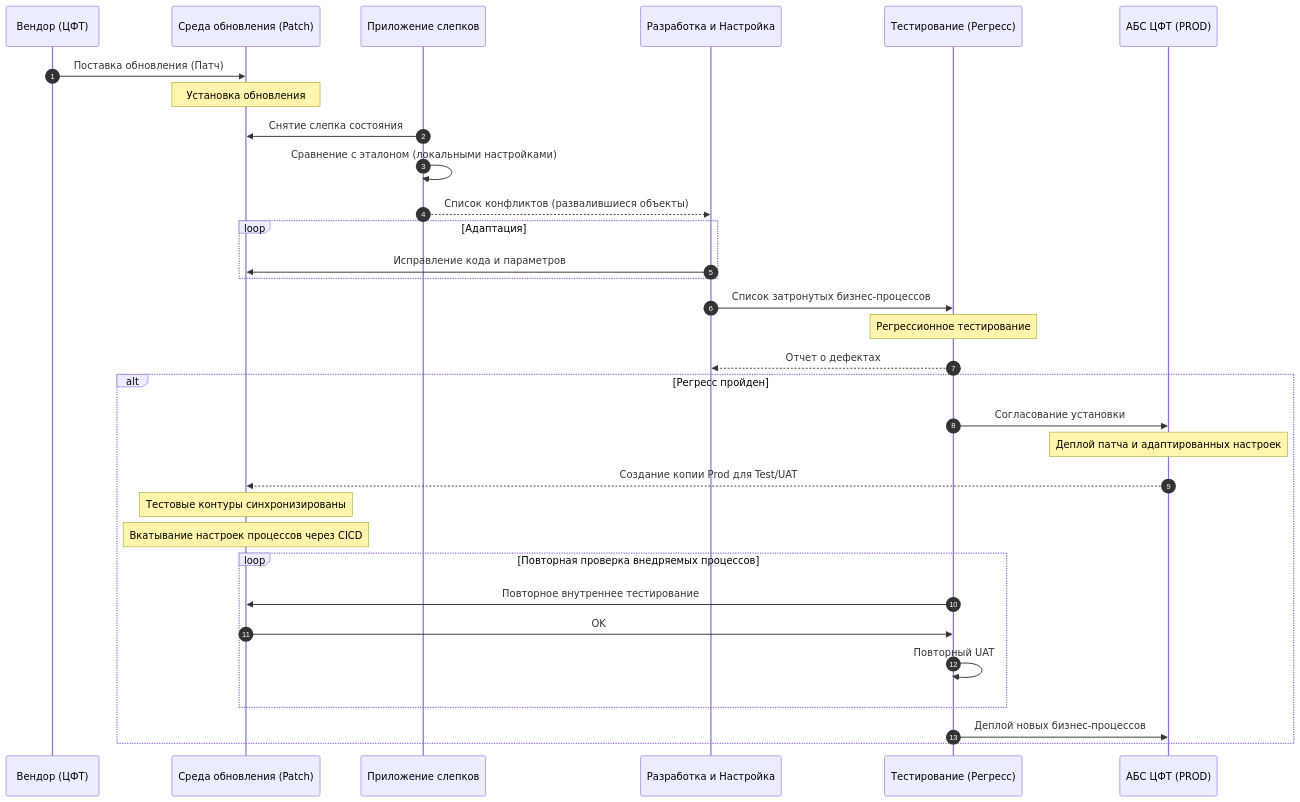
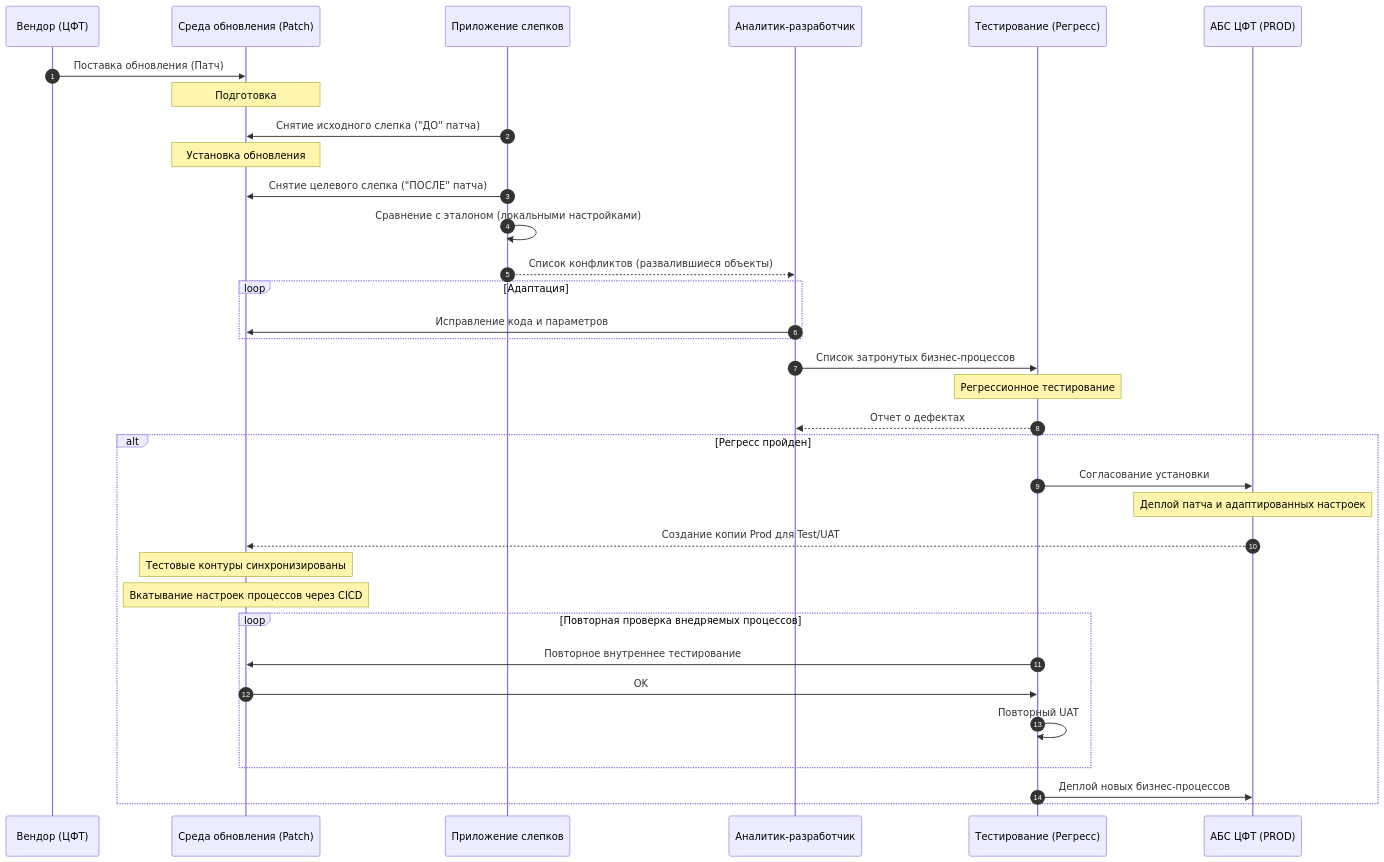
Before and after one commit to sergeygorbulko/cft_life_cycle_concept: the fourth of 5 diagrams in README.md, drawn with Mermaid. The commit also changed other lines of this file, not shown here.

````diff
--- a/README.md
+++ b/README.md
@@ -329,44 +347,48 @@
 ```mermaid
 sequenceDiagram
     autonumber
     participant Vendor as Вендор (ЦФТ)
     participant UpdEnv as Среда обновления (Patch)
     participant App as Приложение слепков
-    participant Dev as Разработка и Настройка
+    participant Dev as Аналитик-разработчик
     participant QA as Тестирование (Регресс)
     participant Prod as АБС ЦФТ (PROD)
 
     Vendor->>UpdEnv: Поставка обновления (Патч)
+    
+    Note over UpdEnv: Подготовка
+    App->>UpdEnv: Снятие исходного слепка ("ДО" патча)
+    
     Note over UpdEnv: Установка обновления
     
-    App->>UpdEnv: Снятие слепка состояния
+    App->>UpdEnv: Снятие целевого слепка ("ПОСЛЕ" патча)
     App->>App: Сравнение с эталоном (локальными настройками)
     App-->>Dev: Список конфликтов (развалившиеся объекты)
     
     loop Адаптация
         Dev->>UpdEnv: Исправление кода и параметров
     end
     
     Dev->>QA: Список затронутых бизнес-процессов
     Note over QA: Регрессионное тестирование
     
     QA-->>Dev: Отчет о дефектах
     
     alt Регресс пройден
         QA->>Prod: Согласование установки
         Note over Prod: Деплой патча и адаптированных настроек
         
         Prod-->>UpdEnv: Создание копии Prod для Test/UAT
         Note over UpdEnv: Тестовые контуры синхронизированы
         
         Note over UpdEnv: Вкатывание настроек процессов через CICD
         
         loop Повторная проверка внедряемых процессов
             QA->>UpdEnv: Повторное внутреннее тестирование
             UpdEnv->>QA: OK
             QA->>QA: Повторный UAT
         end
         
         QA->>Prod: Деплой новых бизнес-процессов
     end
 ```
````
